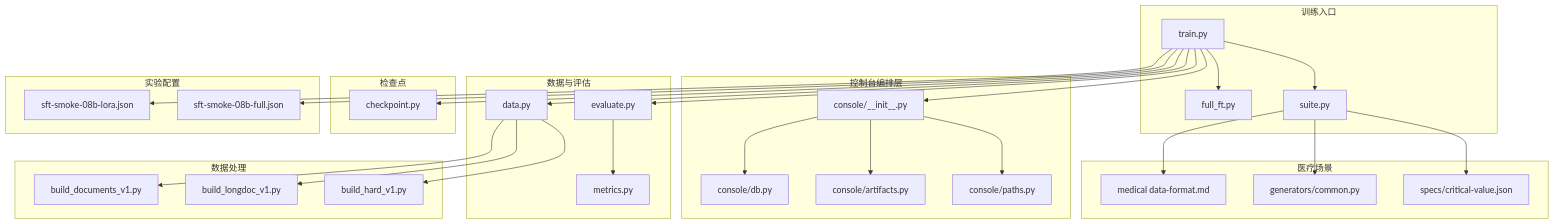
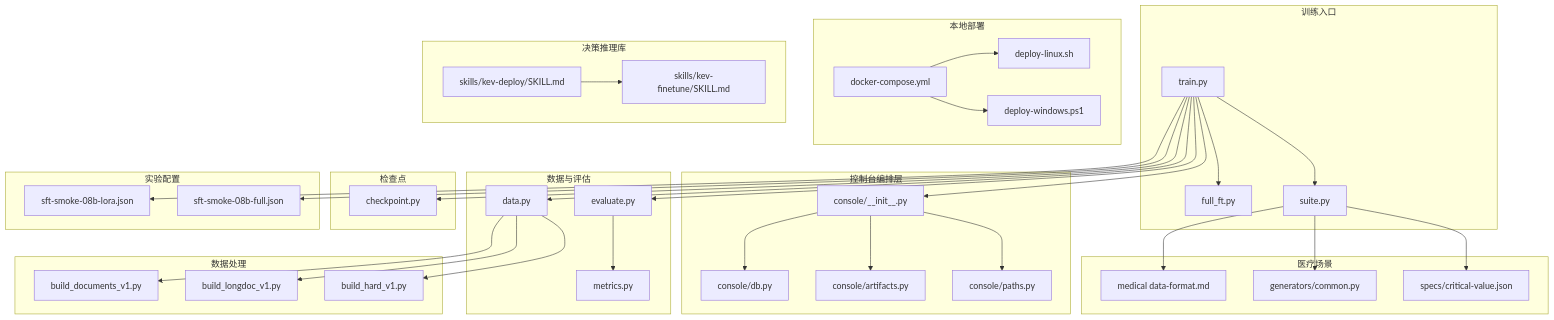
Before and after one commit to joezxh/kev: the first of 13 diagrams in .qoder/repowiki/zh/content/训练框架/训练框架.md, drawn with Mermaid. The commit also changed other lines of this file and 124 other files, not shown here.

````diff
--- a/.qoder/repowiki/zh/content/训练框架/训练框架.md
+++ b/.qoder/repowiki/zh/content/训练框架/训练框架.md
@@ -68,54 +76,66 @@
 ```mermaid
 graph TB
 subgraph "训练入口"
 T["train.py"]
 F["full_ft.py"]
 S["suite.py"]
 end
 subgraph "控制台编排层"
 C["console/__init__.py"]
 DB["console/db.py"]
 A["console/artifacts.py"]
 P["console/paths.py"]
 end
 subgraph "数据与评估"
 D["data.py"]
 E["evaluate.py"]
 M["metrics.py"]
 end
 subgraph "检查点"
 CKPT["checkpoint.py"]
 end
 subgraph "医疗场景"
 MD["medical data-format.md"]
 MG["generators/common.py"]
 MS["specs/critical-value.json"]
+end
+subgraph "本地部署"
+DC["docker-compose.yml"]
+DS["deploy-linux.sh"]
+DP["deploy-windows.ps1"]
+end
+subgraph "决策推理库"
+SK["skills/kev-deploy/SKILL.md"]
+SF["skills/kev-finetune/SKILL.md"]
 end
 subgraph "实验配置"
 X1["sft-smoke-08b-lora.json"]
 X2["sft-smoke-08b-full.json"]
 end
 subgraph "数据处理"
 S1["build_documents_v1.py"]
 S2["build_longdoc_v1.py"]
 S3["build_hard_v1.py"]
 end
 T --> F
 T --> D
 T --> E
 T --> S
 T --> C
 C --> DB
 C --> A
 C --> P
 E --> M
 T --> CKPT
 T --> X1
 T --> X2
 D --> S1
 D --> S2
 D --> S3
 S --> MD
 S --> MG
 S --> MS
+DC --> DS
+DC --> DP
+SK --> SF
 ```
````
